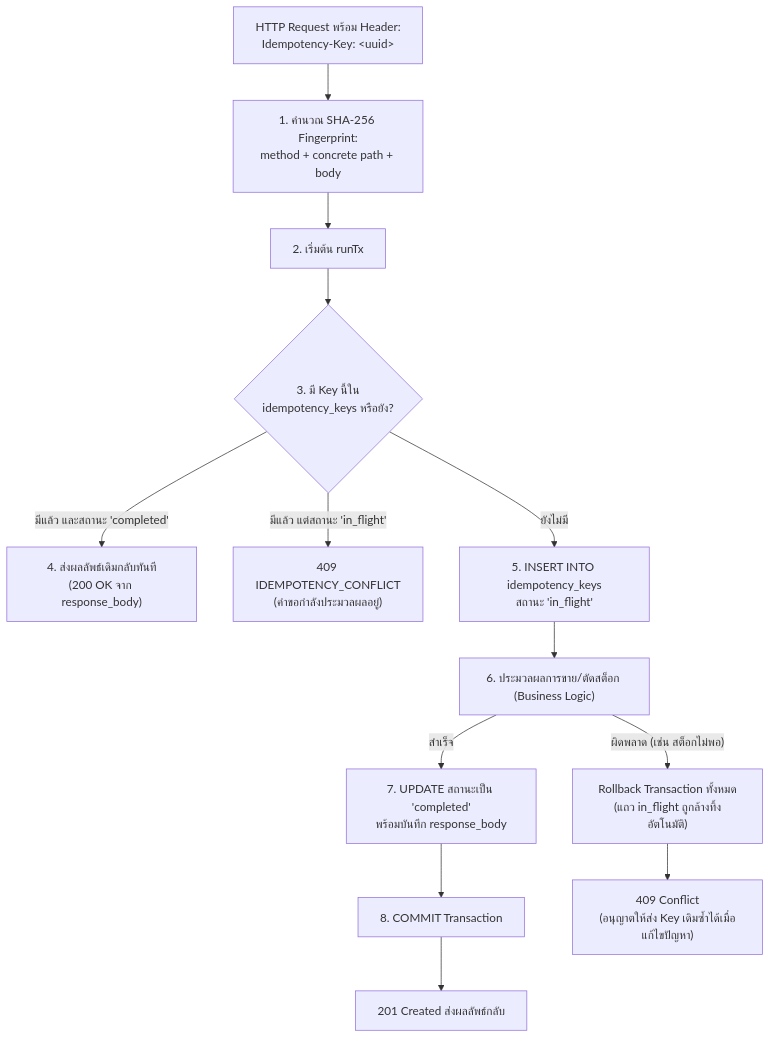
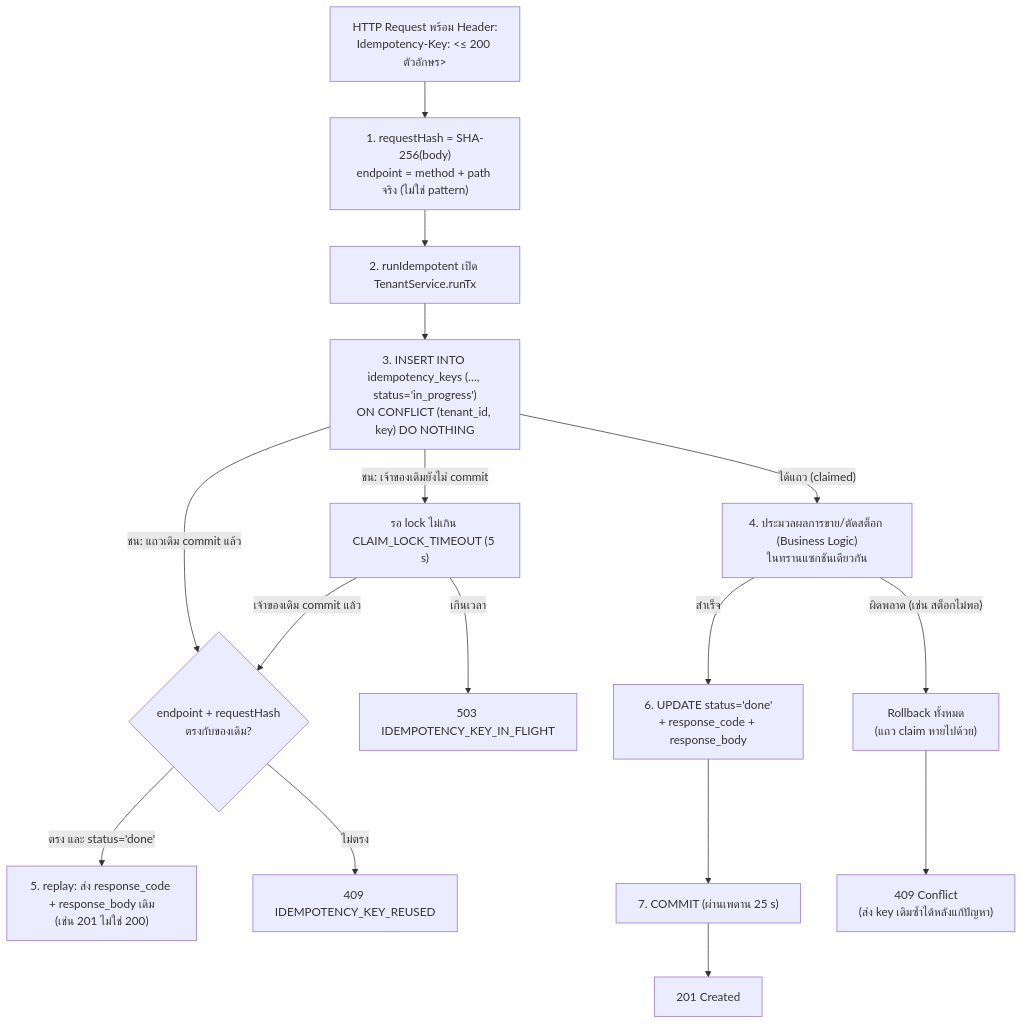
The third of 4 diagrams in docs/Backend_design/architecture.md (NuimanLP/srisurart-pos-flutter), drawn with Mermaid before and after one commit. The commit also changed other lines of this file and 15 other files, not shown here.

First line of the commit message:
docs: อัปเดต docs/Backend_design ทั้งชุดให้ตรงกับ migration, โค้ด และ ADR (2026-09-23)

````diff
--- a/docs/Backend_design/architecture.md
+++ b/docs/Backend_design/architecture.md
@@ -556,20 +464,23 @@
 ```mermaid
 flowchart TD
-    REQ["HTTP Request พร้อม Header:<br/>Idempotency-Key: &lt;uuid&gt;"] --> HASH["1. คำนวณ SHA-256 Fingerprint:<br/>method + concrete path + body"]
-    
-    HASH --> TX_START["2. เริ่มต้น runTx"]
-    TX_START --> CHECK{"3. มี Key นี้ใน<br/>idempotency_keys หรือยัง?"}
-    
-    CHECK -- มีแล้ว และสถานะ 'completed' --> RETURN_CACHED["4. ส่งผลลัพธ์เดิมกลับทันที<br/>(200 OK จาก response_body)"]
-    CHECK -- มีแล้ว แต่สถานะ 'in_flight' --> ERR_CONFLICT["409 IDEMPOTENCY_CONFLICT<br/>(คำขอกำลังประมวลผลอยู่)"]
-    
-    CHECK -- ยังไม่มี --> INSERT_CLAIM["5. INSERT INTO idempotency_keys<br/>สถานะ 'in_flight'"]
-    INSERT_CLAIM --> EXEC_BIZ["6. ประมวลผลการขาย/ตัดสต็อก (Business Logic)"]
-    
-    EXEC_BIZ -- สำเร็จ --> UPDATE_DONE["7. UPDATE สถานะเป็น 'completed'<br/>พร้อมบันทึก response_body"]
-    UPDATE_DONE --> COMMIT["8. COMMIT Transaction"]
-    COMMIT --> RES["201 Created ส่งผลลัพธ์กลับ"]
-    
-    EXEC_BIZ -- ผิดพลาด (เช่น สต็อกไม่พอ) --> ROLLBACK["Rollback Transaction ทั้งหมด<br/>(แถว in_flight ถูกล้างทิ้งอัตโนมัติ)"]
-    ROLLBACK --> RES_ERR["409 Conflict<br/>(อนุญาตให้ส่ง Key เดิมซ้ำได้เมื่อแก้ไขปัญหา)"]
+    REQ["HTTP Request พร้อม Header:<br/>Idempotency-Key: &lt;≤ 200 ตัวอักษร&gt;"] --> HASH["1. requestHash = SHA-256(body)<br/>endpoint = method + path จริง (ไม่ใช่ pattern)"]
+
+    HASH --> TX_START["2. runIdempotent เปิด TenantService.runTx"]
+    TX_START --> CLAIM["3. INSERT INTO idempotency_keys (…, status='in_progress')<br/>ON CONFLICT (tenant_id, key) DO NOTHING"]
+
+    CLAIM -- ได้แถว (claimed) --> EXEC_BIZ["4. ประมวลผลการขาย/ตัดสต็อก (Business Logic)<br/>ในทรานแซกชันเดียวกัน"]
+    CLAIM -- ชน: แถวเดิม commit แล้ว --> SAME{"endpoint + requestHash<br/>ตรงกับของเดิม?"}
+    CLAIM -- ชน: เจ้าของเดิมยังไม่ commit --> WAIT["รอ lock ไม่เกิน CLAIM_LOCK_TIMEOUT (5 s)"]
+    WAIT -- เกินเวลา --> ERR_INFLIGHT["503 IDEMPOTENCY_KEY_IN_FLIGHT"]
+    WAIT -- เจ้าของเดิม commit แล้ว --> SAME
+
+    SAME -- ตรง และ status='done' --> RETURN_CACHED["5. replay: ส่ง response_code + response_body เดิม<br/>(เช่น 201 ไม่ใช่ 200)"]
+    SAME -- ไม่ตรง --> ERR_REUSED["409 IDEMPOTENCY_KEY_REUSED"]
+
+    EXEC_BIZ -- สำเร็จ --> UPDATE_DONE["6. UPDATE status='done'<br/>+ response_code + response_body"]
+    UPDATE_DONE --> COMMIT["7. COMMIT (ผ่านเพดาน 25 s)"]
+    COMMIT --> RES["201 Created"]
+
+    EXEC_BIZ -- ผิดพลาด (เช่น สต็อกไม่พอ) --> ROLLBACK["Rollback ทั้งหมด<br/>(แถว claim หายไปด้วย)"]
+    ROLLBACK --> RES_ERR["409 Conflict<br/>(ส่ง key เดิมซ้ำได้หลังแก้ปัญหา)"]
 ```
````
